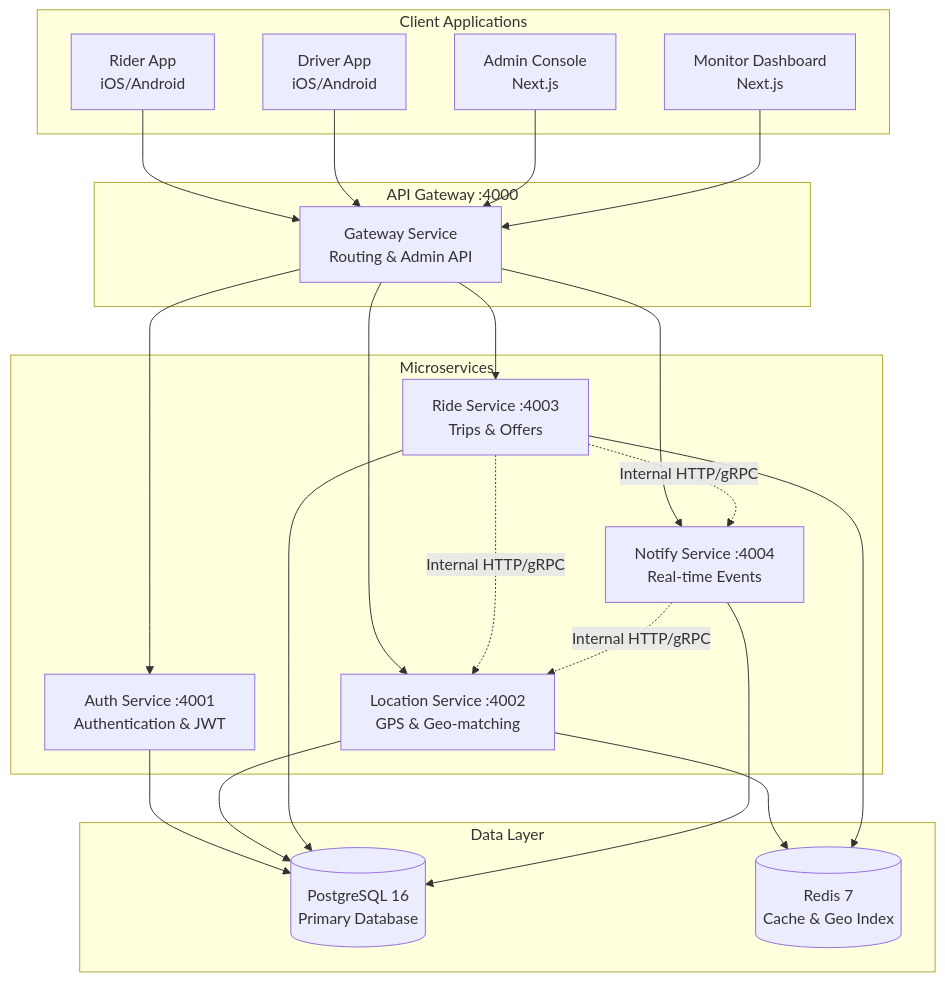
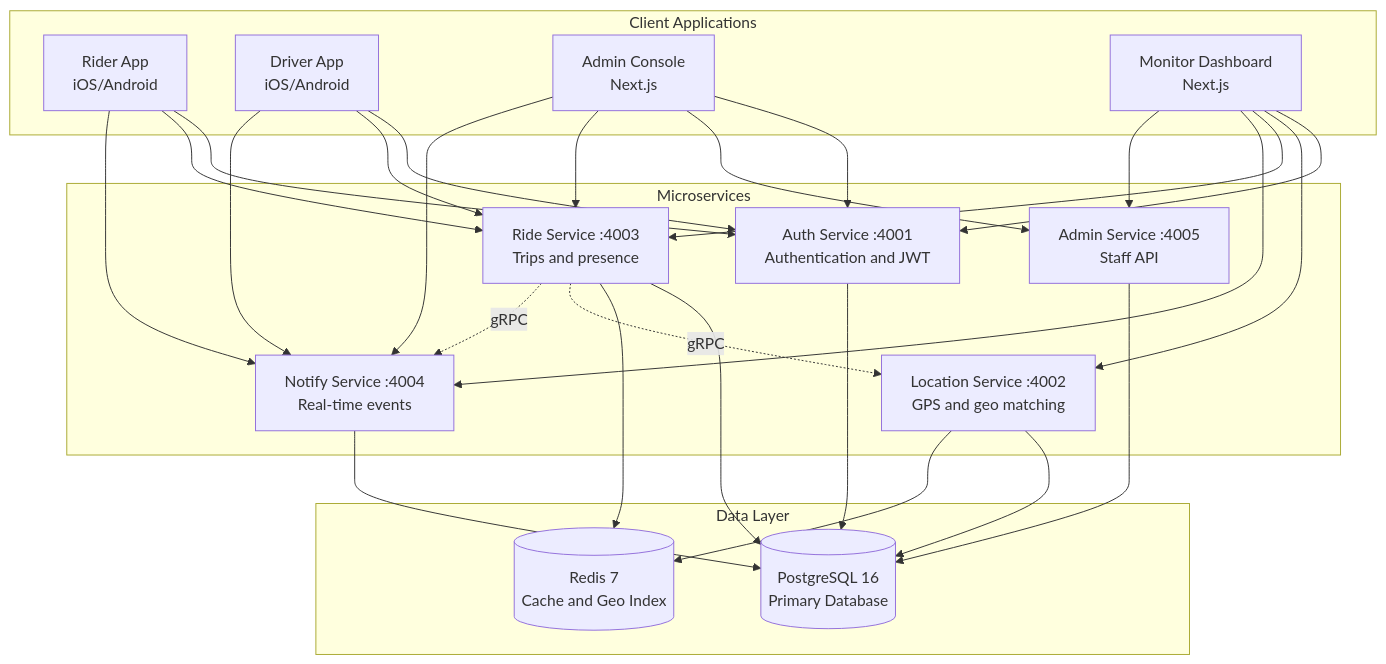
The diagram in README.md (13x54n/Eve), drawn with Mermaid before and after one commit. The commit also changed other lines of this file and 125 other files, not shown here.

Commit message:
Remove the HTTP gateway and document the five-service alpha stack.

````diff
--- a/README.md
+++ b/README.md
@@ -93,45 +93,48 @@
 ```mermaid
 graph TB
     subgraph Clients["Client Applications"]
         Rider[Rider App<br/>iOS/Android]
         Driver[Driver App<br/>iOS/Android]
         Admin[Admin Console<br/>Next.js]
         Monitor[Monitor Dashboard<br/>Next.js]
     end
 
-    subgraph Gateway["API Gateway :4000"]
-        GW[Gateway Service<br/>Routing & Admin API]
-    end
-
     subgraph Services["Microservices"]
-        Auth[Auth Service :4001<br/>Authentication & JWT]
-        Location[Location Service :4002<br/>GPS & Geo-matching]
-        Ride[Ride Service :4003<br/>Trips & Offers]
-        Notify[Notify Service :4004<br/>Real-time Events]
+        Auth[Auth Service :4001<br/>Authentication and JWT]
+        Location[Location Service :4002<br/>GPS and geo matching]
+        Ride[Ride Service :4003<br/>Trips and presence]
+        Notify[Notify Service :4004<br/>Real-time events]
+        AdminApi[Admin Service :4005<br/>Staff API]
     end
 
     subgraph Data["Data Layer"]
         PG[(PostgreSQL 16<br/>Primary Database)]
-        RD[(Redis 7<br/>Cache & Geo Index)]
+        RD[(Redis 7<br/>Cache and Geo Index)]
     end
 
-    Rider --> GW
-    Driver --> GW
-    Admin --> GW
-    Monitor --> GW
-
-    GW --> Auth
-    GW --> Location
-    GW --> Ride
-    GW --> Notify
+    Rider --> Auth
+    Rider --> Ride
+    Rider --> Notify
+    Driver --> Auth
+    Driver --> Ride
+    Driver --> Notify
+    Admin --> Auth
+    Admin --> AdminApi
+    Admin --> Ride
+    Admin --> Notify
+    Monitor --> Auth
+    Monitor --> Location
+    Monitor --> Ride
+    Monitor --> Notify
+    Monitor --> AdminApi
 
     Auth --> PG
     Location --> PG
     Location --> RD
     Ride --> PG
     Ride --> RD
-    Ride -.Internal HTTP/gRPC.-> Location
-    Ride -.Internal HTTP/gRPC.-> Notify
+    Ride -.gRPC.-> Location
+    Ride -.gRPC.-> Notify
+    AdminApi --> PG
     Notify --> PG
-    Notify -.Internal HTTP/gRPC.-> Location
 ```
````
